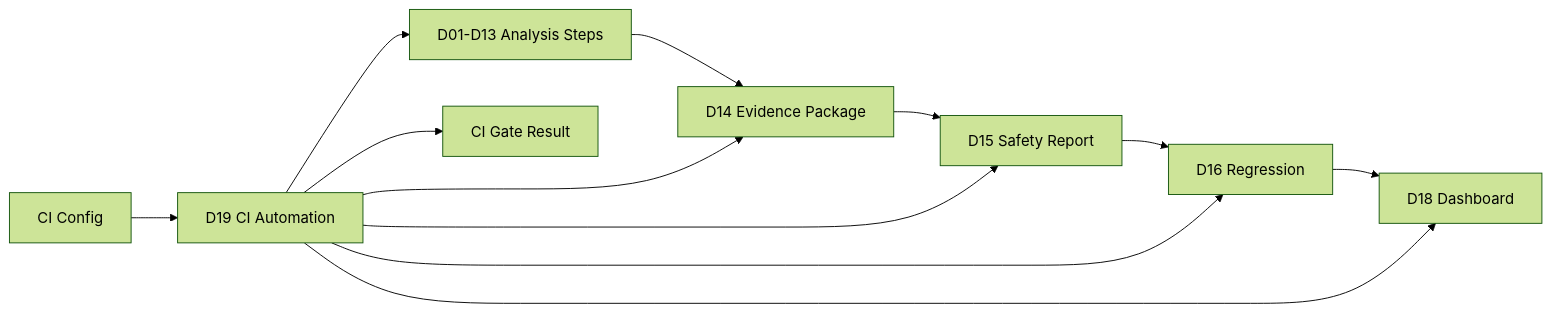
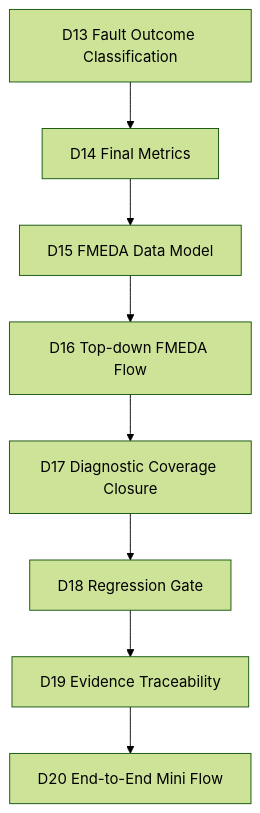
The first of 4 diagrams in articles/19_automotive_safeic_practice_d19_github_en_ci_automation.md (qiqixixi1001/automotive-safeic-practice), drawn with Mermaid (forest theme) before and after one commit. The commit also changed other lines of this file, not shown here.

````diff
--- a/articles/19_automotive_safeic_practice_d19_github_en_ci_automation.md
+++ b/articles/19_automotive_safeic_practice_d19_github_en_ci_automation.md
@@ -97,14 +42,10 @@
 ```mermaid
-flowchart LR
-    A[D01-D13 Analysis Steps] --> B[D14 Evidence Package]
-    B --> C[D15 Safety Report]
-    C --> D[D16 Regression]
-    D --> E[D18 Dashboard]
-    F[CI Config] --> G[D19 CI Automation]
-    G --> A
-    G --> B
-    G --> C
-    G --> D
-    G --> E
-    G --> H[CI Gate Result]
+flowchart TD
+    D13[D13 Fault Outcome Classification] --> D14[D14 Final Metrics]
+    D14 --> D15[D15 FMEDA Data Model]
+    D15 --> D16[D16 Top-down FMEDA Flow]
+    D16 --> D17[D17 Diagnostic Coverage Closure]
+    D17 --> D18[D18 Regression Gate]
+    D18 --> D19[D19 Evidence Traceability]
+    D19 --> D20[D20 End-to-End Mini Flow]
 ```
````
